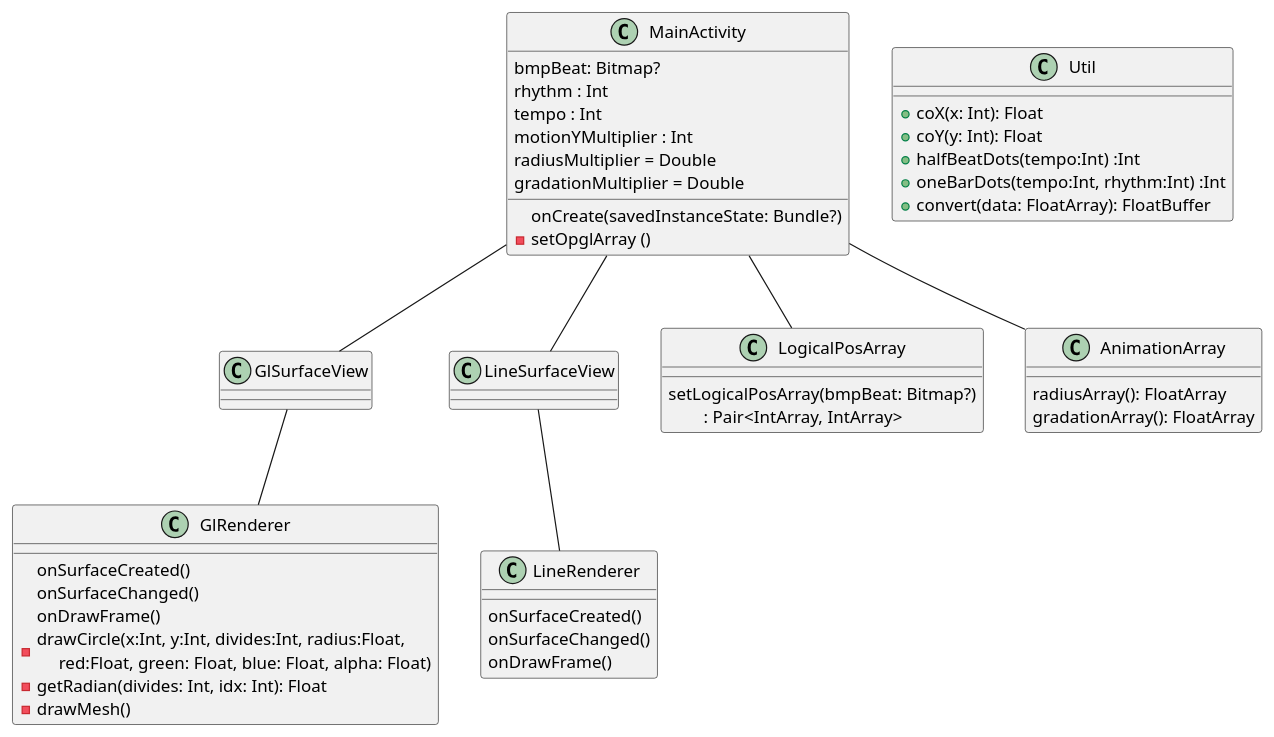
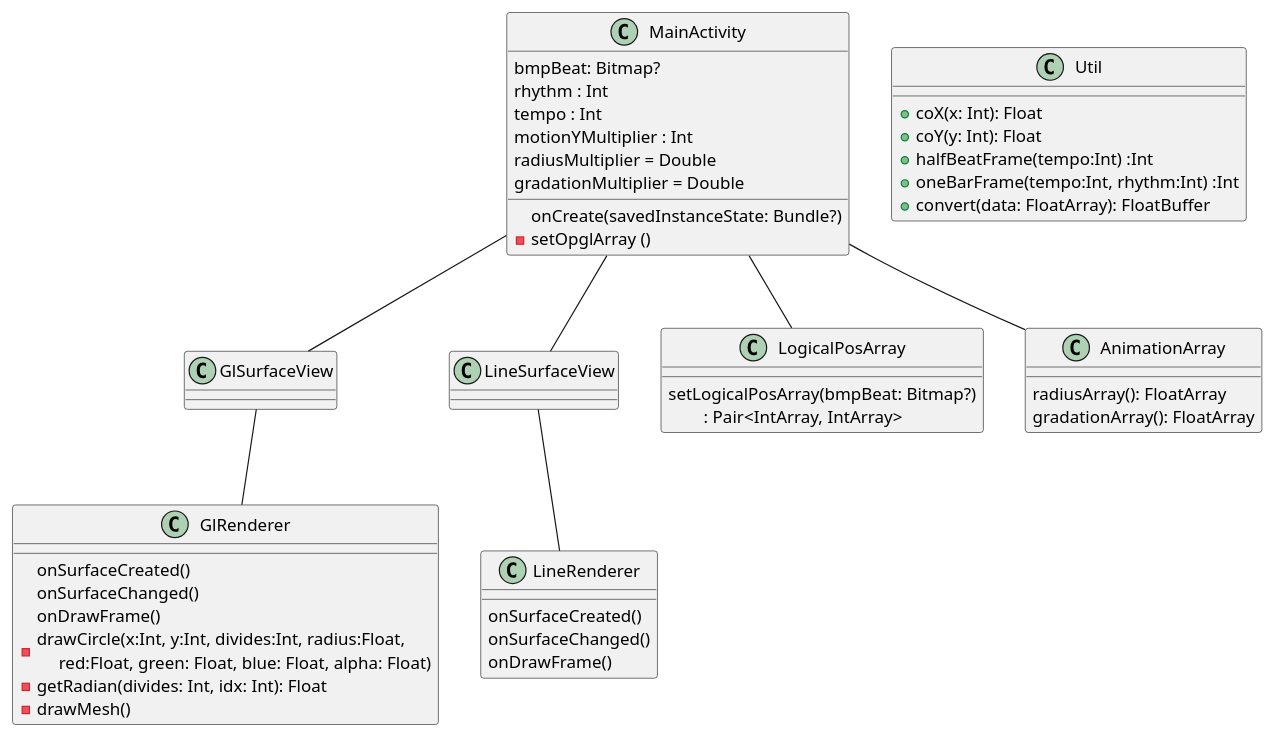
One commit to HaruoAmano/MyConductor changed the diagram in app/src/main/java/music/elsystem/myconductor/MainActivity.puml. Above: the diagram before and after it, drawn with PlantUML. The commit also changed 9 other files, not shown here.

```diff
--- a/app/src/main/java/music/elsystem/myconductor/MainActivity.puml
+++ b/app/src/main/java/music/elsystem/myconductor/MainActivity.puml
@@ -1,57 +1,57 @@
 @startuml
 'https://plantuml.com/class-diagram
 class MainActivity{
     bmpBeat: Bitmap?
     rhythm : Int
     tempo : Int
     motionYMultiplier : Int
     radiusMultiplier = Double
     gradationMultiplier = Double
 
     onCreate(savedInstanceState: Bundle?)
     -setOpglArray ()
 }
 class GlSurfaceView{
 }
 class GlRenderer{
     onSurfaceCreated()
     onSurfaceChanged()
     onDrawFrame()
     -drawCircle(x:Int, y:Int, divides:Int, radius:Float, \n     red:Float, green: Float, blue: Float, alpha: Float)
     -getRadian(divides: Int, idx: Int): Float
     -drawMesh()
 
 }
 class LineSurfaceView{
 }
 class LineRenderer{
     onSurfaceCreated()
     onSurfaceChanged()
     onDrawFrame()
 }
 class LogicalPosArray{
     setLogicalPosArray(bmpBeat: Bitmap?)\n        : Pair<IntArray, IntArray>
 }
 class AnimationArray{
     radiusArray(): FloatArray
     gradationArray(): FloatArray
 }
 class Util{
     +coX(x: Int): Float
     +coY(y: Int): Float
-    +halfBeatDots(tempo:Int) :Int
-    +oneBarDots(tempo:Int, rhythm:Int) :Int
+    +halfBeatFrame(tempo:Int) :Int
+    +oneBarFrame(tempo:Int, rhythm:Int) :Int
     +convert(data: FloatArray): FloatBuffer
 }
 
 MainActivity -- GlSurfaceView
 GlSurfaceView -- GlRenderer
 MainActivity -- LineSurfaceView
 LineSurfaceView -- LineRenderer
 MainActivity -- LogicalPosArray
 MainActivity -- AnimationArray
 
 
 
 
 @enduml
```
